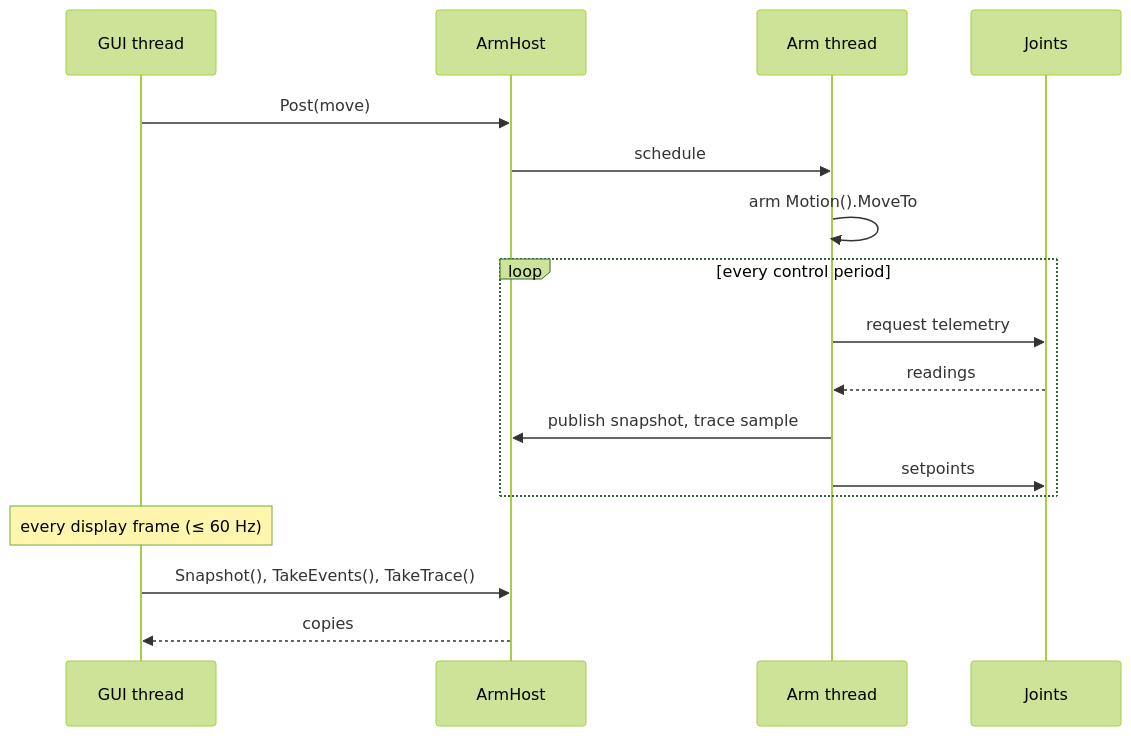
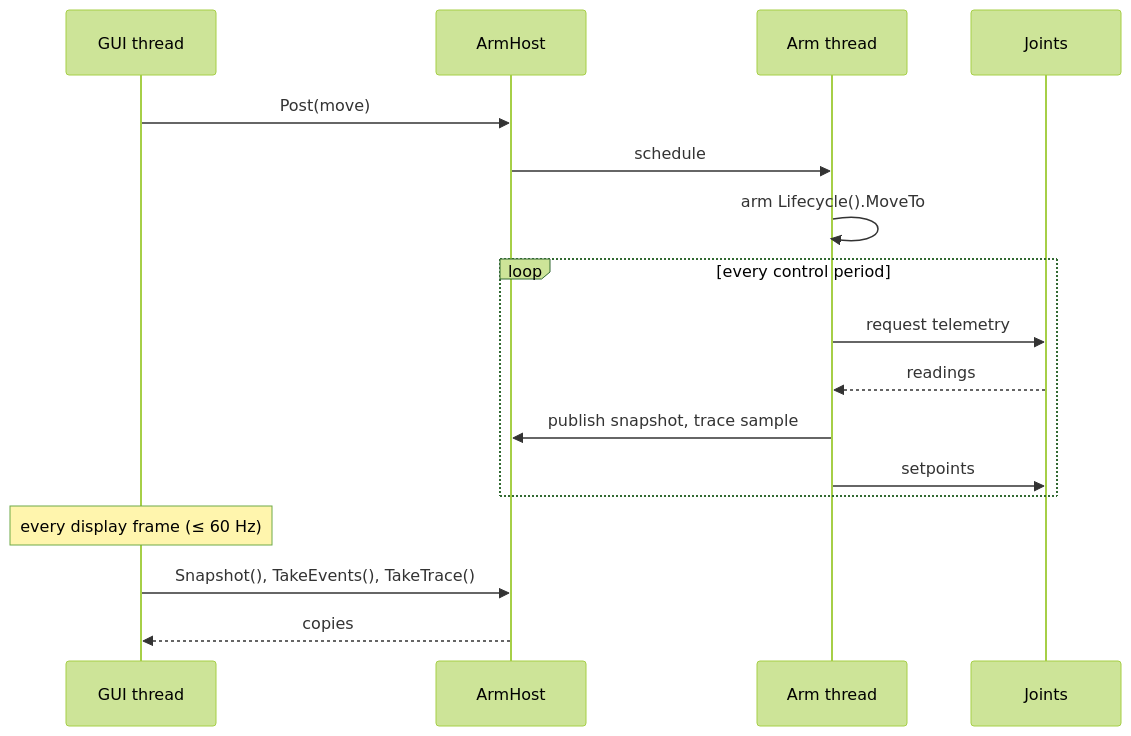
The second of 3 diagrams in documentation/design/simulator.md (embedded-pro/e-robot-arm), drawn with Mermaid (forest theme) before and after one commit. The commit also changed other lines of this file and 35 other files, not shown here.

First line of the commit message:
feat(lifecycle): walk the arm through bring-up, enable and re-arm

````diff
--- a/documentation/design/simulator.md
+++ b/documentation/design/simulator.md
@@ -232,19 +233,19 @@
 ```mermaid
 sequenceDiagram
     participant G as GUI thread
     participant H as ArmHost
     participant A as Arm thread
     participant J as Joints
     G->>H: Post(move)
     H->>A: schedule
-    A->>A: arm Motion().MoveTo
+    A->>A: arm Lifecycle().MoveTo
     loop every control period
         A->>J: request telemetry
         J-->>A: readings
         A->>H: publish snapshot, trace sample
         A->>J: setpoints
     end
     Note over G: every display frame (≤ 60 Hz)
     G->>H: Snapshot(), TakeEvents(), TakeTrace()
     H-->>G: copies
 ```
````
